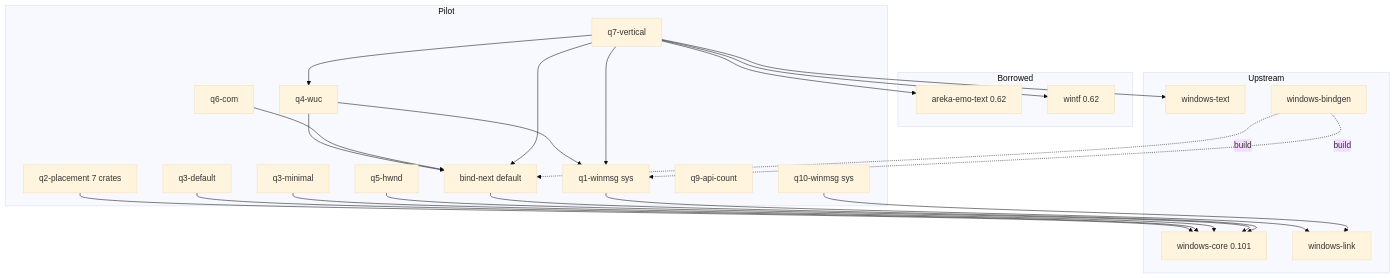
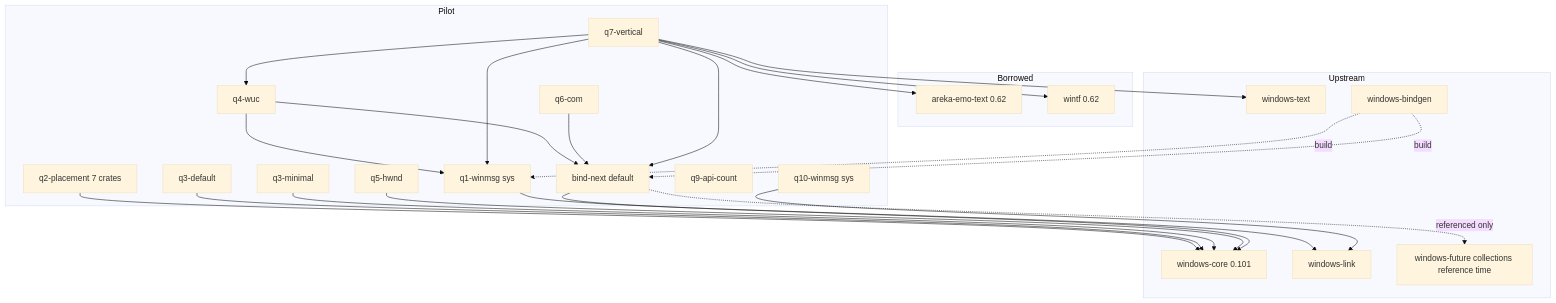
The first of 3 diagrams in .kiro/specs/pilot-windows-rs-next/design.md (ekicyou/areka), drawn with Mermaid (base theme) before and after one commit. The commit also changed other lines of this file, not shown here.

First line of the commit message:
docs(pilot-windows-rs-next): fix obvious issues in design

````diff
--- a/.kiro/specs/pilot-windows-rs-next/design.md
+++ b/.kiro/specs/pilot-windows-rs-next/design.md
@@ -61,44 +61,46 @@
 ```mermaid
 graph TB
     subgraph Upstream
         Core[windows-core 0.101]
         Link[windows-link]
         Text[windows-text]
         Bindgen[windows-bindgen]
+        Siblings[windows-future collections reference time]
     end
     subgraph Borrowed
         OldEmo[areka-emo-text 0.62]
         OldWintf[wintf 0.62]
     end
     subgraph Pilot
         Q1[q1-winmsg sys]
         Q2[q2-placement 7 crates]
         Q3D[q3-default]
         Q3M[q3-minimal]
         BindNext[bind-next default]
         Q4[q4-wuc]
         Q5[q5-hwnd]
         Q6[q6-com]
         Q7[q7-vertical]
         Q9[q9-api-count]
         Q10[q10-winmsg sys]
     end
     Q1 --> Link
     Q10 --> Link
     Q2 --> Core
     Q3D --> Core
     Q3M --> Core
     Q5 --> Core
     BindNext --> Core
+    BindNext -.->|referenced only| Siblings
     Q4 --> BindNext
     Q4 --> Q1
     Q6 --> BindNext
     Q7 --> BindNext
     Q7 --> Q4
     Q7 --> Q1
     Q7 --> Text
     Q7 --> OldEmo
     Q7 --> OldWintf
     Bindgen -.->|build| Q1
     Bindgen -.->|build| BindNext
 ```
````
